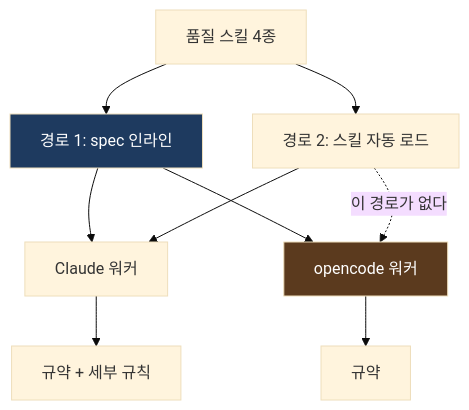
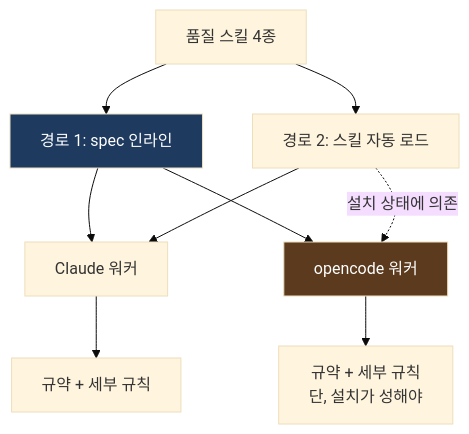
The third of 4 diagrams in docs/how-it-works.md (treeman99/skills), drawn with Mermaid (base theme) before and after one commit. The commit also changed other lines of this file and 1 other file, not shown here.

````diff
--- a/docs/how-it-works.md
+++ b/docs/how-it-works.md
@@ -75,16 +75,16 @@
 ```mermaid
 flowchart TD
     K["품질 스킬 4종"] --> P1["경로 1: spec 인라인"]
     K --> P2["경로 2: 스킬 자동 로드"]
 
     P1 --> W1["Claude 워커"]
     P1 --> W2["opencode 워커"]
     P2 --> W1
-    P2 -.->|"이 경로가 없다"| W2
+    P2 -.->|"설치 상태에 의존"| W2
 
     W1 --> OK1["규약 + 세부 규칙"]
-    W2 --> OK2["규약"]
+    W2 --> OK2["규약 + 세부 규칙<br/>단, 설치가 성해야"]
 
     style P1 fill:#1e3a5f,color:#fff
     style W2 fill:#5b3a1e,color:#fff
 ```
````
